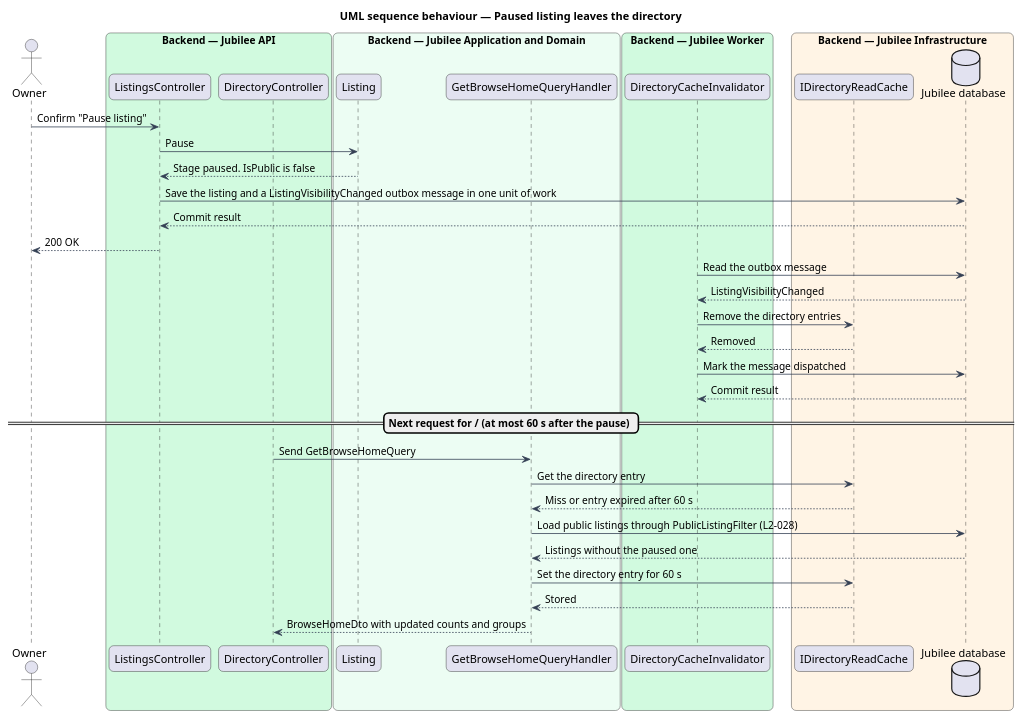
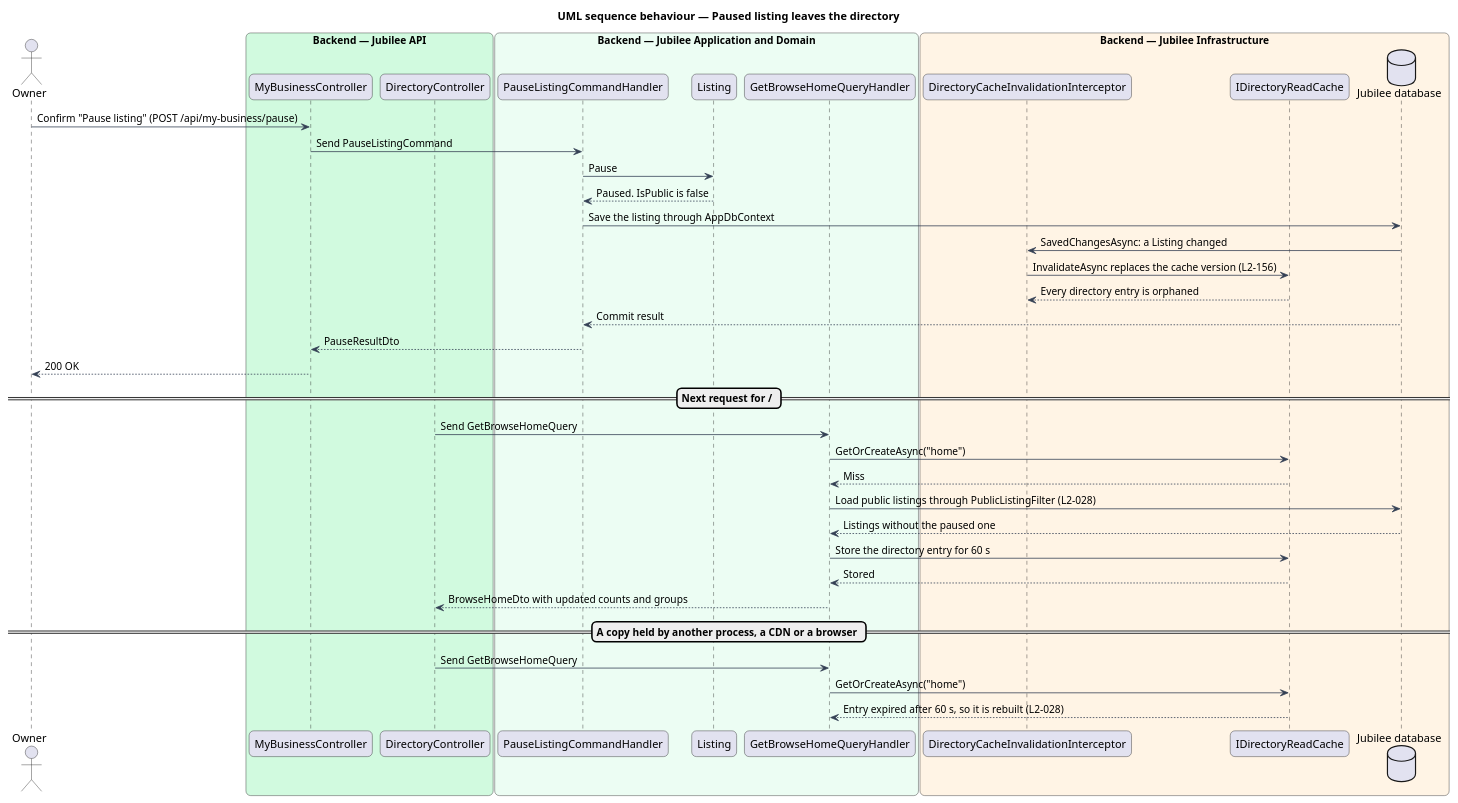
The diagram in docs/detailed-designs/directory/browse-home/diagrams/sequence-paused-listing-leaves.puml (QuinntyneBrown/jubilee), drawn with PlantUML before and after one commit. The commit also changed 25 other files, not shown here.

First line of the commit message:
Directory cache: the SaveChanges interceptor is the designed path (ADR 0003)

```diff
--- a/docs/detailed-designs/directory/browse-home/diagrams/sequence-paused-listing-leaves.puml
+++ b/docs/detailed-designs/directory/browse-home/diagrams/sequence-paused-listing-leaves.puml
@@ -1,56 +1,58 @@
 @startuml
 title UML sequence behaviour — Paused listing leaves the directory
 skinparam backgroundColor #FFFFFF
 skinparam shadowing false
 skinparam roundcorner 12
 skinparam defaultFontName Arial
 skinparam ArrowColor #344054
 skinparam rectangle {
   BorderColor #344054
   FontColor #101828
 }
 skinparam package {
   BorderColor #667085
   FontColor #101828
   BackgroundColor #F9FAFB
 }
 
 
 actor "Owner" as actor
 box "Backend — Jubilee API" #D1FADF
-  participant "ListingsController" as controller
+  participant "MyBusinessController" as controller
   participant "DirectoryController" as directory
 end box
 box "Backend — Jubilee Application and Domain" #ECFDF3
+  participant "PauseListingCommandHandler" as pause
   participant "Listing" as entity
   participant "GetBrowseHomeQueryHandler" as handler
 end box
-box "Backend — Jubilee Worker" #D1FADF
-  participant "DirectoryCacheInvalidator" as invalidator
-end box
 box "Backend — Jubilee Infrastructure" #FFF4E5
+  participant "DirectoryCacheInvalidationInterceptor" as invalidator
   participant "IDirectoryReadCache" as cache
   database "Jubilee database" as db
 end box
-actor -> controller : Confirm "Pause listing"
-controller -> entity : Pause
-entity --> controller : Stage paused. IsPublic is false
-controller -> db : Save the listing and a ListingVisibilityChanged outbox message in one unit of work
-db --> controller : Commit result
+actor -> controller : Confirm "Pause listing" (POST /api/my-business/pause)
+controller -> pause : Send PauseListingCommand
+pause -> entity : Pause
+entity --> pause : Paused. IsPublic is false
+pause -> db : Save the listing through AppDbContext
+db -> invalidator : SavedChangesAsync: a Listing changed
+invalidator -> cache : InvalidateAsync replaces the cache version (L2-156)
+cache --> invalidator : Every directory entry is orphaned
+db --> pause : Commit result
+pause --> controller : PauseResultDto
 controller --> actor : 200 OK
-invalidator -> db : Read the outbox message
-db --> invalidator : ListingVisibilityChanged
-invalidator -> cache : Remove the directory entries
-cache --> invalidator : Removed
-invalidator -> db : Mark the message dispatched
-db --> invalidator : Commit result
-== Next request for / (at most 60 s after the pause) ==
+== Next request for / ==
 directory -> handler : Send GetBrowseHomeQuery
-handler -> cache : Get the directory entry
-cache --> handler : Miss or entry expired after 60 s
+handler -> cache : GetOrCreateAsync("home")
+cache --> handler : Miss
 handler -> db : Load public listings through PublicListingFilter (L2-028)
 db --> handler : Listings without the paused one
-handler -> cache : Set the directory entry for 60 s
+handler -> cache : Store the directory entry for 60 s
 cache --> handler : Stored
 handler --> directory : BrowseHomeDto with updated counts and groups
+== A copy held by another process, a CDN or a browser ==
+directory -> handler : Send GetBrowseHomeQuery
+handler -> cache : GetOrCreateAsync("home")
+cache --> handler : Entry expired after 60 s, so it is rebuilt (L2-028)
 @enduml
```
